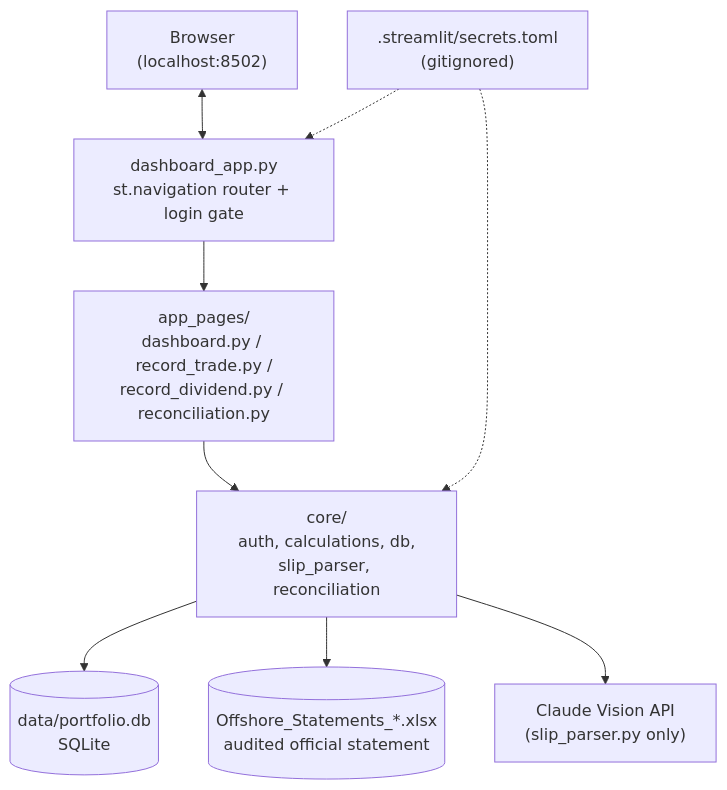
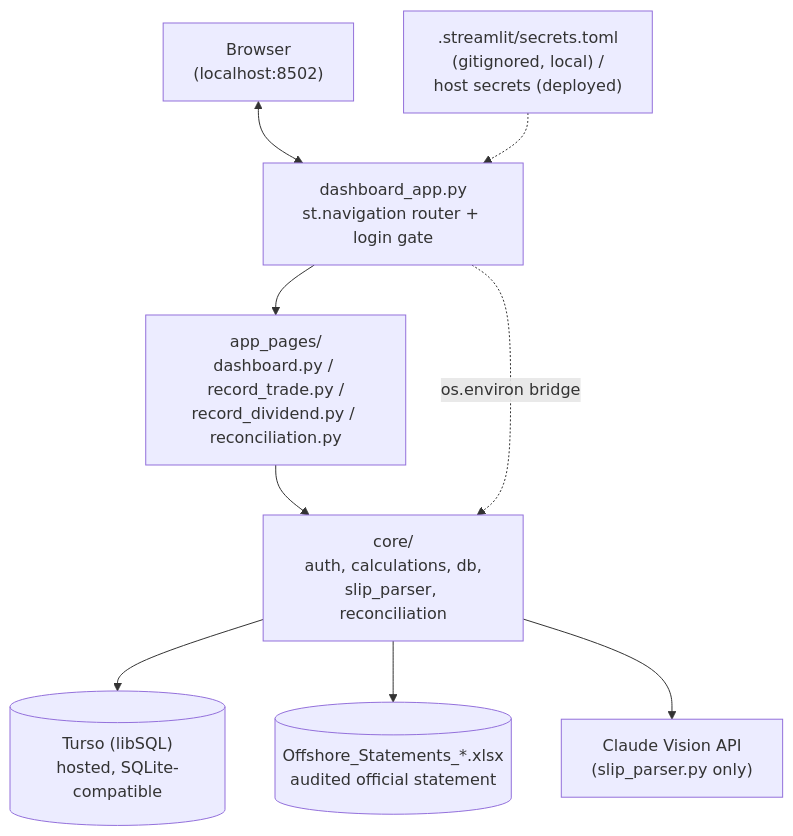
The first of 2 diagrams in docs/ARCHITECTURE.md (pkamnoed-hash/analyze-monthly-offshore-statement), drawn with Mermaid before and after one commit. The commit also changed other lines of this file and 4 other files, not shown here.

First line of the commit message:
Fold v3 hosting migration into docs (ARCHITECTURE, DEPLOYMENT, ROADMAP, VERSION_CONTROL, CHANGELOG)

````diff
--- a/docs/ARCHITECTURE.md
+++ b/docs/ARCHITECTURE.md
@@ -21,15 +21,15 @@
 ```mermaid
 flowchart TD
     Browser["Browser<br/>(localhost:8502)"] <--> App["dashboard_app.py<br/>st.navigation router + login gate"]
 
     App --> Pages["app_pages/<br/>dashboard.py / record_trade.py /<br/>record_dividend.py / reconciliation.py"]
 
     Pages --> Core["core/<br/>auth, calculations, db,<br/>slip_parser, reconciliation"]
 
-    Core --> DB[("data/portfolio.db<br/>SQLite")]
+    Core --> DB[("Turso (libSQL)<br/>hosted, SQLite-compatible")]
     Core --> XLSX[("Offshore_Statements_*.xlsx<br/>audited official statement")]
     Core --> Claude["Claude Vision API<br/>(slip_parser.py only)"]
 
-    Secrets[".streamlit/secrets.toml<br/>(gitignored)"] -.-> App
-    Secrets -.-> Core
+    Secrets[".streamlit/secrets.toml<br/>(gitignored, local) /<br/>host secrets (deployed)"] -.-> App
+    App -.->|"os.environ bridge"| Core
 ```
````
